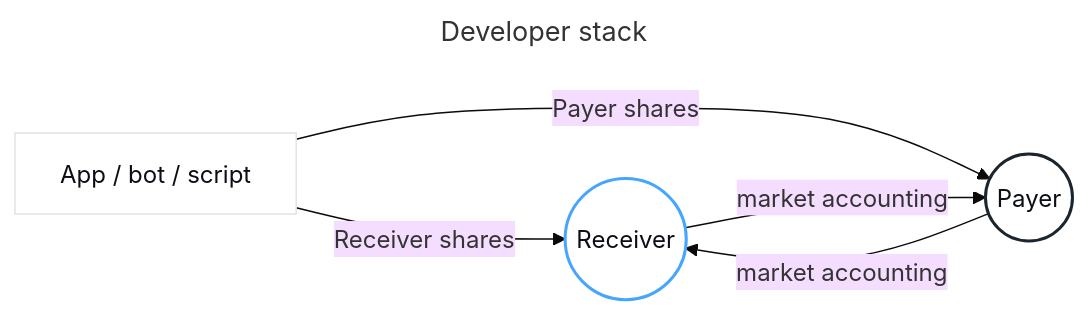
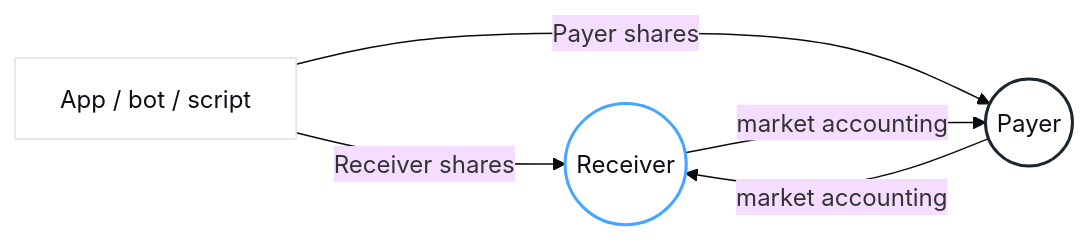
One commit to Null-Solutions/v1-docs changed the diagram in diagrams/developer-stack.mmd. Above: the diagram before and after it, drawn with Mermaid (base theme). The commit also changed 24 other files, not shown here.

Commit message:
Update docs diagram assets

```diff
--- a/diagrams/developer-stack.mmd
+++ b/diagrams/developer-stack.mmd
@@ -1,19 +1,16 @@
----
-title: Developer stack
----
 flowchart LR
   app["App / bot / script"]
   receiver(("Receiver"))
   payer(("Payer"))
 
   app -- "Receiver shares" --> receiver
   app -- "Payer shares" --> payer
   receiver -- "market accounting" --> payer
   payer -- "market accounting" --> receiver
 
   classDef panel fill:#FFFFFF,color:#0B0E15,stroke:#DDE3EA,stroke-width:1px;
   classDef receiver fill:#FFFFFF,color:#0B0E15,stroke:#45A5FF,stroke-width:2px;
   classDef payer fill:#FFFFFF,color:#0B0E15,stroke:#1B252D,stroke-width:2px;
   class app panel;
   class receiver receiver;
   class payer payer;
```
